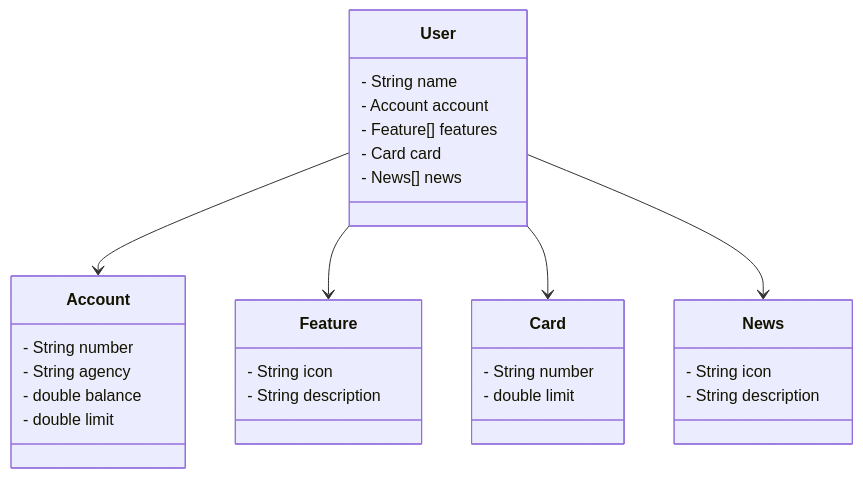
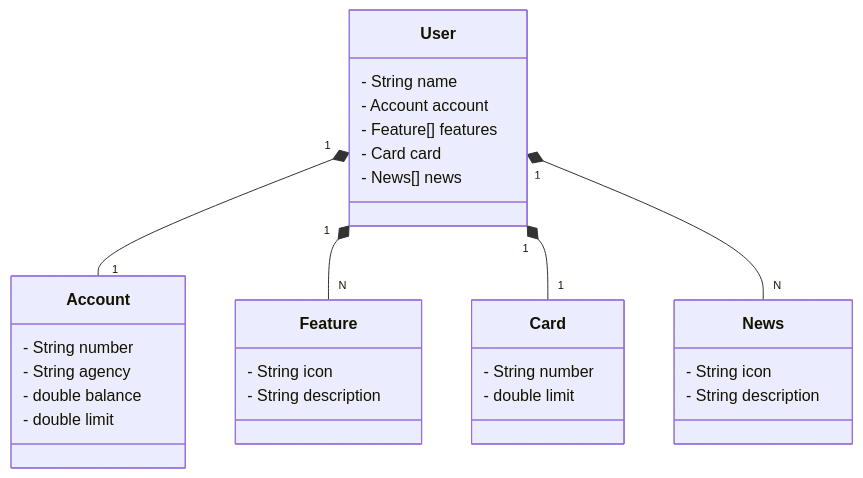
One commit to MarcosSiconelli/santander-dev-week changed the diagram in README.md. Above: the diagram before and after it, drawn with Mermaid.

````diff
--- a/README.md
+++ b/README.md
@@ -5,37 +5,37 @@
 ``` mermaid
 classDiagram
     class User {
         - String name
         - Account account
         - Feature[] features
         - Card card
         - News[] news
     }
 
     class Account {
         - String number
         - String agency
         - double balance
         - double limit
     }
 
     class Feature {
         - String icon
         - String description
     }
 
     class Card {
         - String number
         - double limit
     }
 
     class News {
         - String icon
         - String description
     }
 
-    User --> Account
-    User --> Feature
-    User --> Card
-    User --> News
+    User "1" *-- "1" Account
+    User "1" *-- "N" Feature
+    User "1" *-- "1" Card
+    User "1" *-- "N" News
 ```
````
